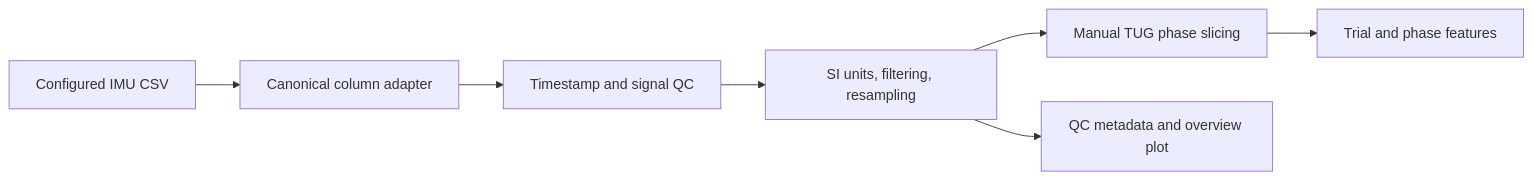
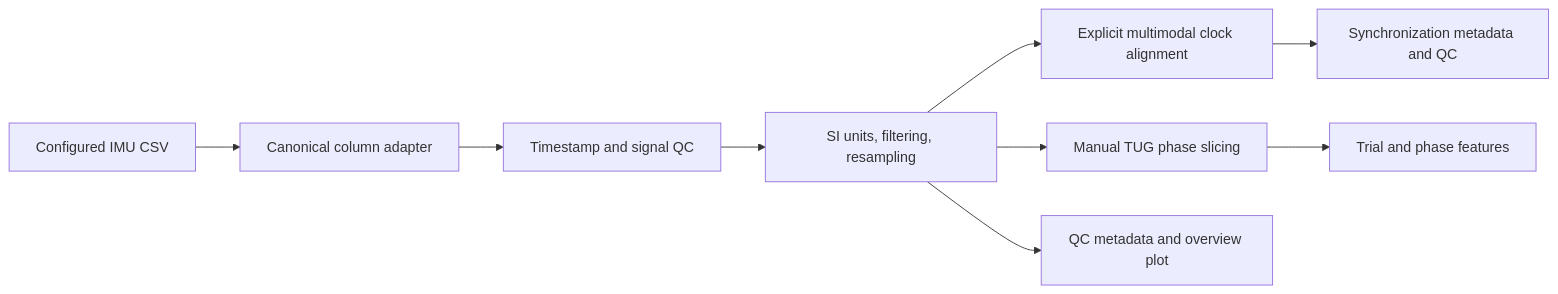
One commit to bsddp/multimodal-tugdt changed the diagram in README.md. Above: the diagram before and after it, drawn with Mermaid. The commit also changed other lines of this file and 16 other files, not shown here.

````diff
--- a/README.md
+++ b/README.md
@@ -148,9 +163,11 @@
 ```mermaid
 flowchart LR
     A["Configured IMU CSV"] --> B["Canonical column adapter"]
     B --> C["Timestamp and signal QC"]
     C --> D["SI units, filtering, resampling"]
-    D --> E["Manual TUG phase slicing"]
-    E --> F["Trial and phase features"]
+    D --> E["Explicit multimodal clock alignment"]
+    E --> H["Synchronization metadata and QC"]
+    D --> I["Manual TUG phase slicing"]
+    I --> F["Trial and phase features"]
     D --> G["QC metadata and overview plot"]
 ```
````
